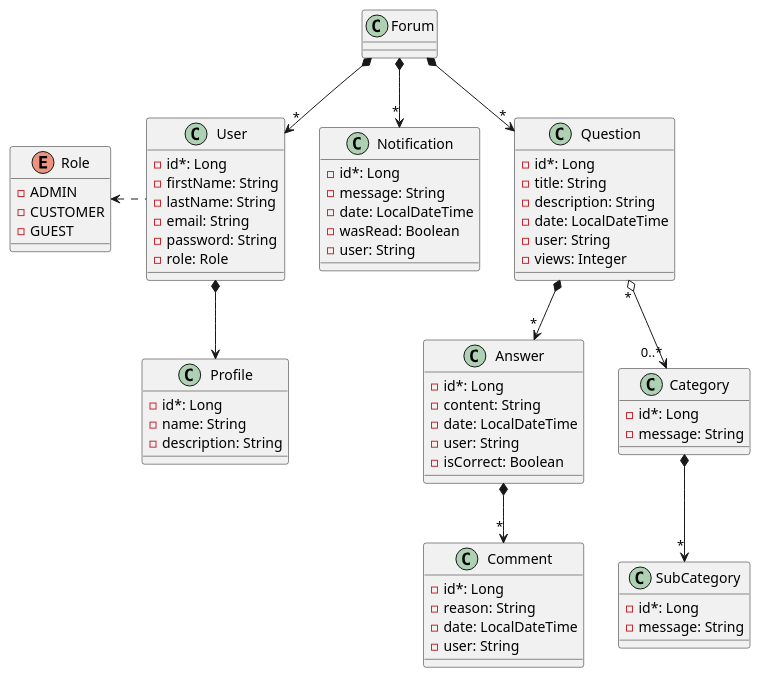
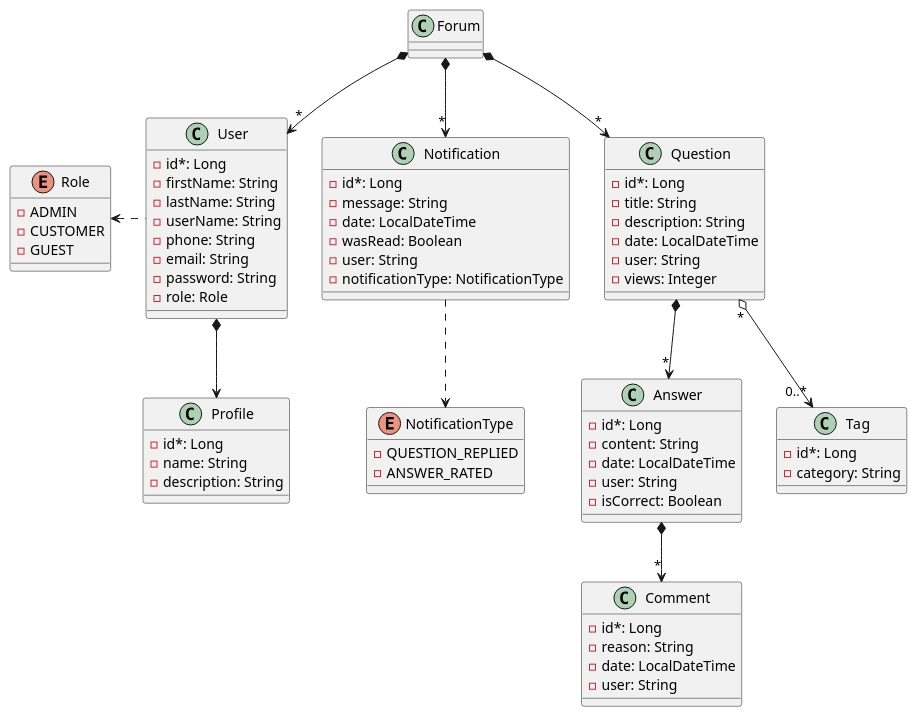
Before and after one commit to rafaelacirino/miw-backend-foro: the diagram in src/main/resources/templates/modeloDominio.plantuml, drawn with PlantUML. The commit also changed 7 other files, not shown here.

Commit message:
cambios en diagramas

```diff
--- a/src/main/resources/templates/modeloDominio.plantuml
+++ b/src/main/resources/templates/modeloDominio.plantuml
@@ -1,77 +1,80 @@
 @startuml
 
 Forum *-down-> "*" User
 Forum *-down-> "*" Notification
 Forum *-down-> "*" Question
 User *-down-> Profile
 User .-left-> Role
+Notification .down-> NotificationType
 Question *-down-> "*" Answer
-Question "*" o-down-> "0..*" Category
-Category *-down-> "*" SubCategory
+Question "*" o-down-> "0..*" Tag
 Answer *-down-> "*" Comment
 
 
 class User {
 - id*: Long
 - firstName: String
 - lastName: String
+- userName: String
+- phone: String
 - email: String
 - password: String
 - role: Role
 }
 
 enum Role {
 - ADMIN
 - CUSTOMER
 - GUEST
+}
+
+enum NotificationType {
+- QUESTION_REPLIED
+- ANSWER_RATED
 }
 
 class Profile {
 - id*: Long
 - name: String
 - description: String
 }
 
 class Question {
 - id*: Long
 - title: String
 - description: String
 - date: LocalDateTime
 - user: String
 - views: Integer
 }
 
 class Answer {
 - id*: Long
 - content: String
 - date: LocalDateTime
 - user: String
 - isCorrect: Boolean
 }
 
 class Comment {
 - id*: Long
 - reason: String
 - date: LocalDateTime
 - user: String
 }
 
-class Category {
+class Tag {
 - id*: Long
-- message: String
-}
-
-class SubCategory {
-- id*: Long
-- message: String
+- category: String
 }
 
 class Notification {
 - id*: Long
 - message: String
 - date: LocalDateTime
 - wasRead: Boolean
 - user: String
+- notificationType: NotificationType
 }
 
 @enduml
```
